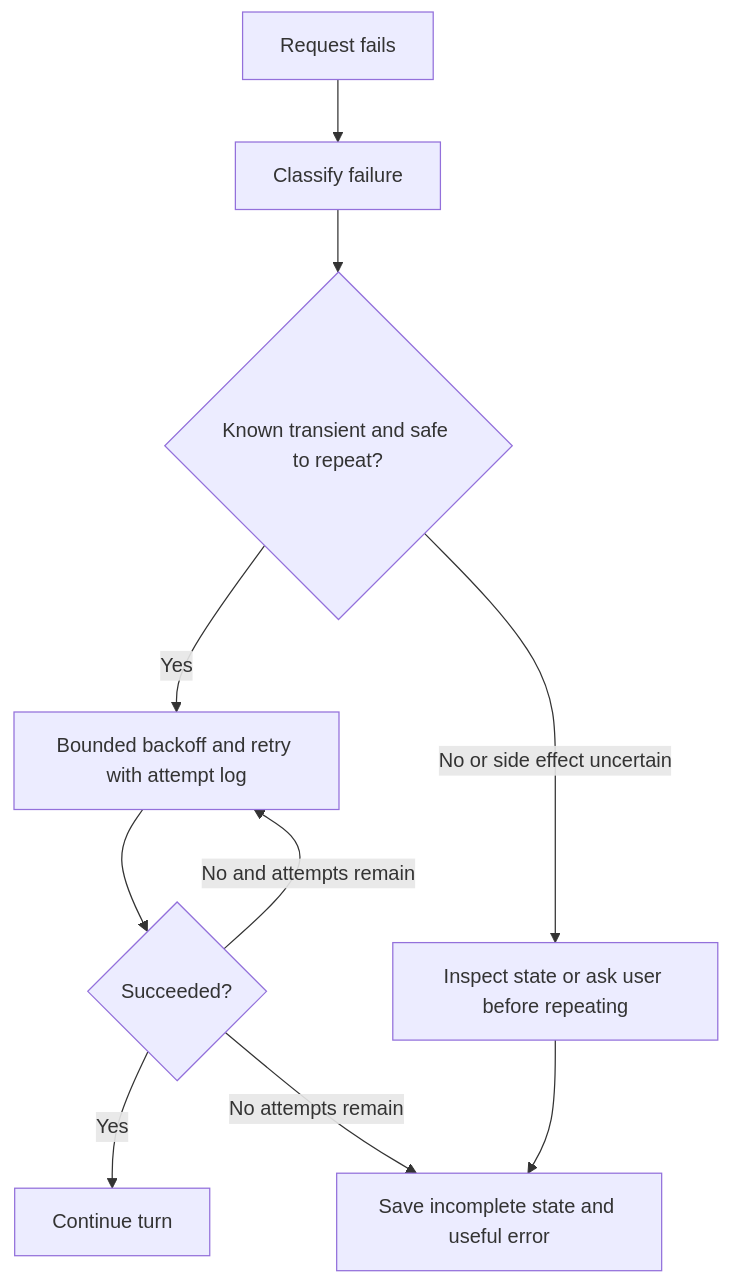
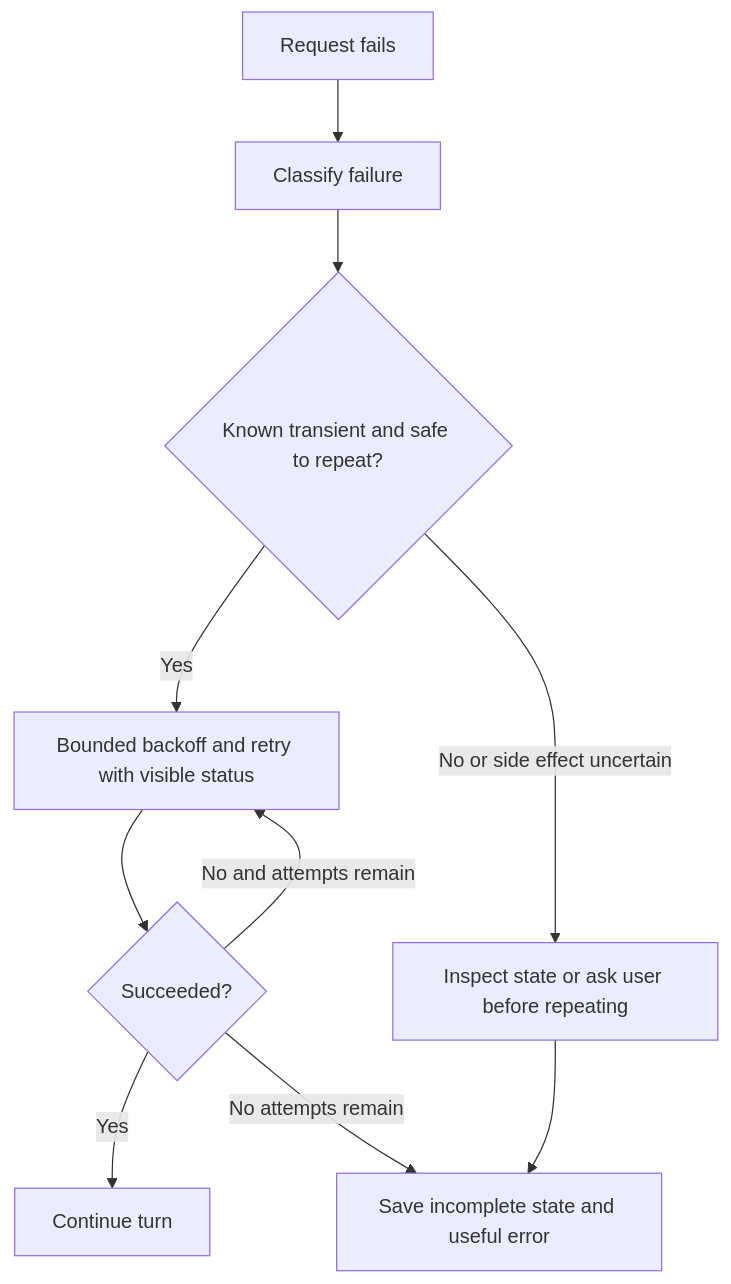
Before and after one commit to MetalCloth/mini-hermes: the second of 7 diagrams in src/docs/14-roadmap-and-benchmark-readiness.md, drawn with Mermaid. The commit also changed other lines of this file and 28 other files, not shown here.

````diff
--- a/src/docs/14-roadmap-and-benchmark-readiness.md
+++ b/src/docs/14-roadmap-and-benchmark-readiness.md
@@ -88,12 +89,12 @@
 ```mermaid
 flowchart TD
     A["Request fails"] --> B["Classify failure"]
     B --> C{"Known transient and safe to repeat?"}
-    C -->|"Yes"| D["Bounded backoff and retry with attempt log"]
+    C -->|"Yes"| D["Bounded backoff and retry with visible status"]
     D --> E{"Succeeded?"}
     E -->|"Yes"| F["Continue turn"]
     E -->|"No and attempts remain"| D
     E -->|"No attempts remain"| G["Save incomplete state and useful error"]
     C -->|"No or side effect uncertain"| H["Inspect state or ask user before repeating"]
     H --> G
 ```
````
